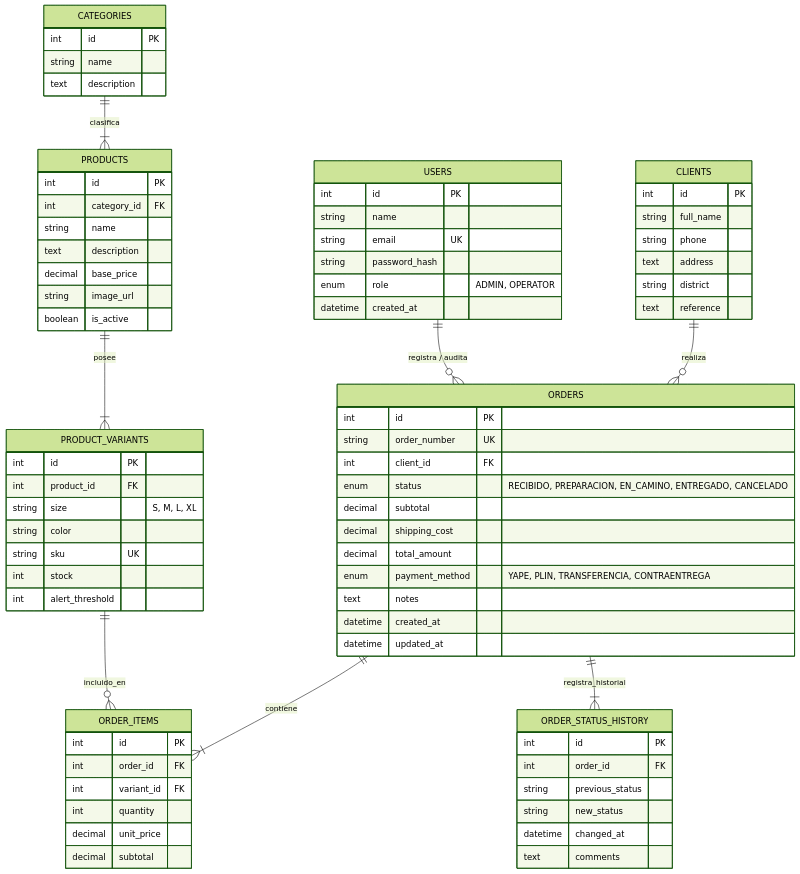
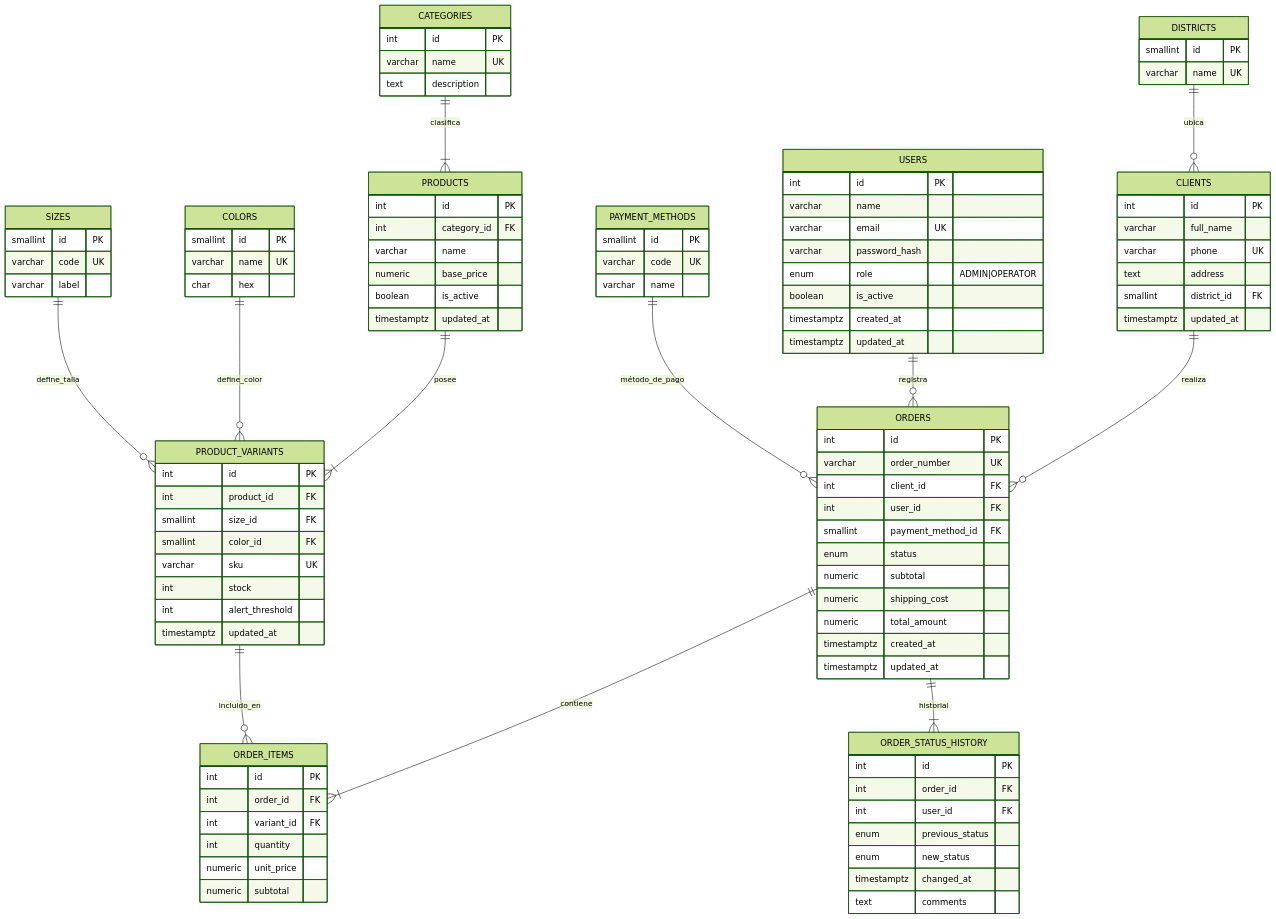
The diagram in database/README.md (Leofit-Solutions-Grupo01/leofit-pedidos-sistema), drawn with Mermaid (forest theme) before and after one commit. The commit also changed other lines of this file and 2 other files, not shown here.

````diff
--- a/database/README.md
+++ b/database/README.md
@@ -20,86 +43,105 @@
 ```mermaid
 erDiagram
-  USERS ||--o{ ORDERS: "registra / audita"
-  CLIENTS ||--o{ ORDERS: "realiza"
-  CATEGORIES ||--|{ PRODUCTS: "clasifica"
-  PRODUCTS ||--|{ PRODUCT_VARIANTS: "posee"
-  PRODUCT_VARIANTS ||--o{ ORDER_ITEMS: "incluido_en"
-  ORDERS ||--|{ ORDER_ITEMS: "contiene"
-  ORDERS ||--|{ ORDER_STATUS_HISTORY: "registra_historial"
+  SIZES ||--o{ PRODUCT_VARIANTS : "define_talla"
+  COLORS ||--o{ PRODUCT_VARIANTS : "define_color"
+  DISTRICTS ||--o{ CLIENTS : "ubica"
+  PAYMENT_METHODS ||--o{ ORDERS : "método_de_pago"
+  USERS ||--o{ ORDERS : "registra"
+  CLIENTS ||--o{ ORDERS : "realiza"
+  CATEGORIES ||--|{ PRODUCTS : "clasifica"
+  PRODUCTS ||--|{ PRODUCT_VARIANTS : "posee"
+  PRODUCT_VARIANTS ||--o{ ORDER_ITEMS : "incluido_en"
+  ORDERS ||--|{ ORDER_ITEMS : "contiene"
+  ORDERS ||--|{ ORDER_STATUS_HISTORY : "historial"
 
+  SIZES {
+    smallint id PK
+    varchar  code UK
+    varchar  label
+  }
+  COLORS {
+    smallint id PK
+    varchar  name UK
+    char     hex
+  }
+  DISTRICTS {
+    smallint id PK
+    varchar  name UK
+  }
+  PAYMENT_METHODS {
+    smallint id PK
+    varchar  code UK
+    varchar  name
+  }
   USERS {
-    int id PK
-    string name
-    string email UK
-    string password_hash
-    enum role "ADMIN, OPERATOR"
-    datetime created_at
+    int      id PK
+    varchar  name
+    varchar  email UK
+    varchar  password_hash
+    enum     role "ADMIN|OPERATOR"
+    boolean  is_active
+    timestamptz created_at
+    timestamptz updated_at
   }
-
   CATEGORIES {
-    int id PK
-    string name
-    text description
+    int     id PK
+    varchar name UK
+    text    description
   }
-
   PRODUCTS {
-    int id PK
-    int category_id FK
-    string name
-    text description
-    decimal base_price
-    string image_url
-    boolean is_active
+    int      id PK
+    int      category_id FK
+    varchar  name
+    numeric  base_price
+    boolean  is_active
+    timestamptz updated_at
   }
-
   PRODUCT_VARIANTS {
-    int id PK
-    int product_id FK
-    string size "S, M, L, XL"
-    string color
-    string sku UK
-    int stock
-    int alert_threshold
+    int      id PK
+    int      product_id FK
+    smallint size_id FK
+    smallint color_id FK
+    varchar  sku UK
+    int      stock
+    int      alert_threshold
+    timestamptz updated_at
   }
-
   CLIENTS {
-    int id PK
-    string full_name
-    string phone
-    text address
-    string district
-    text reference
+    int      id PK
+    varchar  full_name
+    varchar  phone UK
+    text     address
+    smallint district_id FK
+    timestamptz updated_at
   }
-
   ORDERS {
-    int id PK
-    string order_number UK
-    int client_id FK
-    enum status "RECIBIDO, PREPARACION, EN_CAMINO, ENTREGADO, CANCELADO"
-    decimal subtotal
-    decimal shipping_cost
-    decimal total_amount
-    enum payment_method "YAPE, PLIN, TRANSFERENCIA, CONTRAENTREGA"
-    text notes
-    datetime created_at
-    datetime updated_at
+    int      id PK
+    varchar  order_number UK
+    int      client_id FK
+    int      user_id FK
+    smallint payment_method_id FK
+    enum     status
+    numeric  subtotal
+    numeric  shipping_cost
+    numeric  total_amount
+    timestamptz created_at
+    timestamptz updated_at
   }
-
   ORDER_ITEMS {
-    int id PK
-    int order_id FK
-    int variant_id FK
-    int quantity
-    decimal unit_price
-    decimal subtotal
+    int     id PK
+    int     order_id FK
+    int     variant_id FK
+    int     quantity
+    numeric unit_price
+    numeric subtotal
   }
-
   ORDER_STATUS_HISTORY {
-    int id PK
-    int order_id FK
-    string previous_status
-    string new_status
-    datetime changed_at
-    text comments
+    int         id PK
+    int         order_id FK
+    int         user_id FK
+    enum        previous_status
+    enum        new_status
+    timestamptz changed_at
+    text        comments
   }
 ```
````
